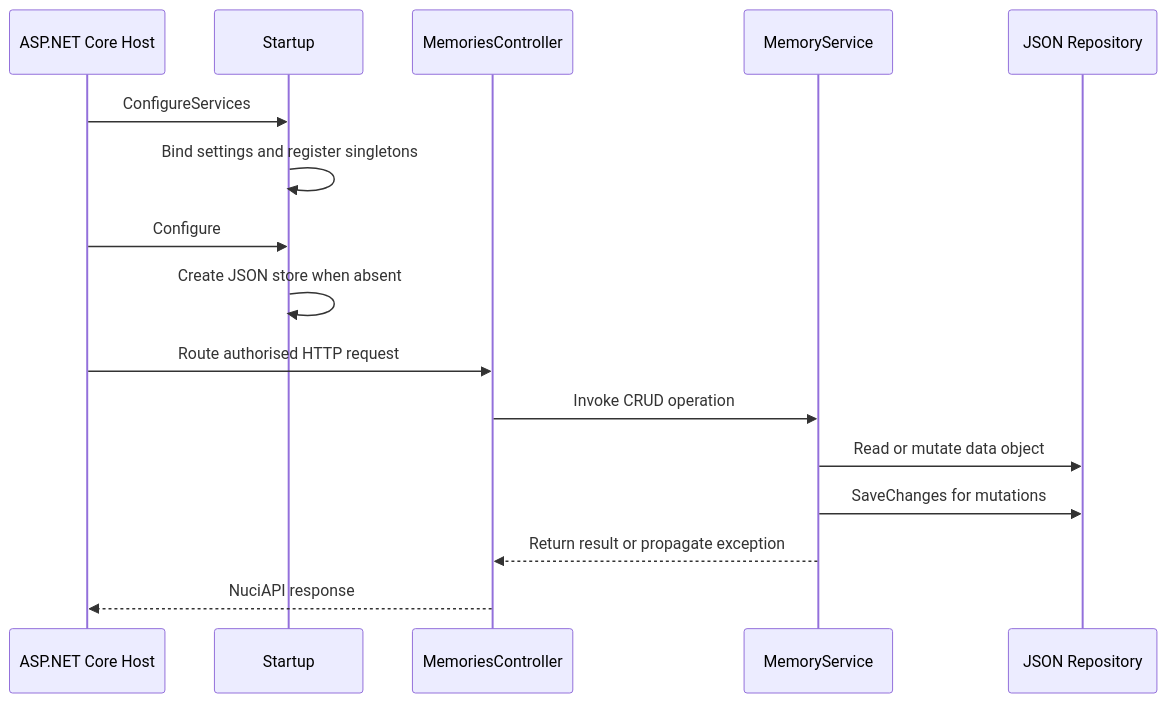
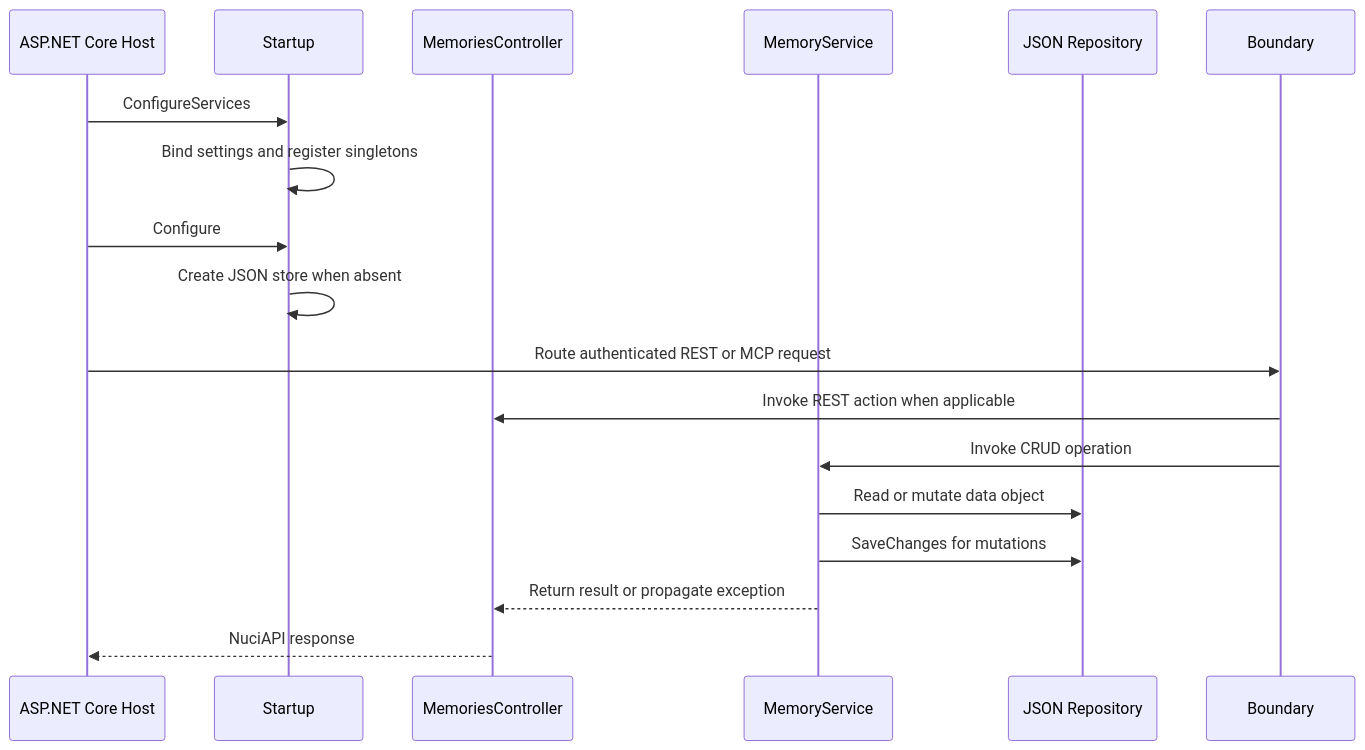
The third of 7 diagrams in ARCHITECTURE.md (hmlendea/gpt-memory-store), drawn with Mermaid before and after one commit. The commit also changed other lines of this file and 3 other files, not shown here.

Commit message:
mcp: Document MCP architecture, security and privacy boundaries

````diff
--- a/ARCHITECTURE.md
+++ b/ARCHITECTURE.md
@@ -86,19 +94,20 @@
 ```mermaid
 sequenceDiagram
     participant Host as ASP.NET Core Host
     participant Startup
     participant Controller as MemoriesController
     participant Service as MemoryService
     participant Repository as JSON Repository
 
     Host->>Startup: ConfigureServices
     Startup->>Startup: Bind settings and register singletons
     Host->>Startup: Configure
     Startup->>Startup: Create JSON store when absent
-    Host->>Controller: Route authorised HTTP request
-    Controller->>Service: Invoke CRUD operation
+    Host->>Boundary: Route authenticated REST or MCP request
+    Boundary->>Controller: Invoke REST action when applicable
+    Boundary->>Service: Invoke CRUD operation
     Service->>Repository: Read or mutate data object
     Service->>Repository: SaveChanges for mutations
     Service-->>Controller: Return result or propagate exception
     Controller-->>Host: NuciAPI response
 ```
````
